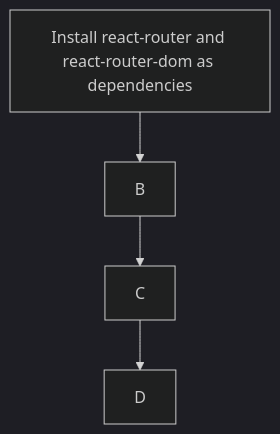
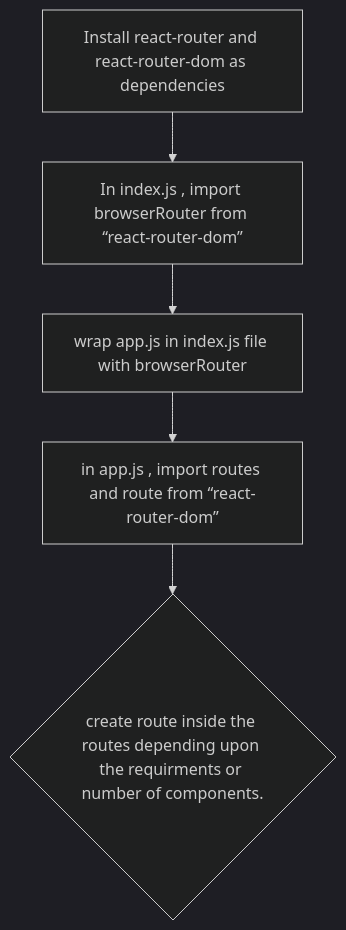
Before and after one commit to Apoorv266/neoG-assignments: the diagram in Notes/Router/router.md, drawn with Mermaid (dark theme).

````diff
--- a/Notes/Router/router.md
+++ b/Notes/Router/router.md
@@ -5,6 +5,7 @@
 ```mermaid
 flowchart TD
     A[Install react-router and react-router-dom as dependencies]-->B;
-    B-->C;
-    C-->D;
+    B[In index.js , import browserRouter from “react-router-dom”]-->C;
+    C[wrap app.js in index.js file with browserRouter ]-->D;
+    D[in app.js , import routes and route from “react-router-dom”]-->E{create route inside the routes depending upon the requirments or number of components. }
 ```
````
